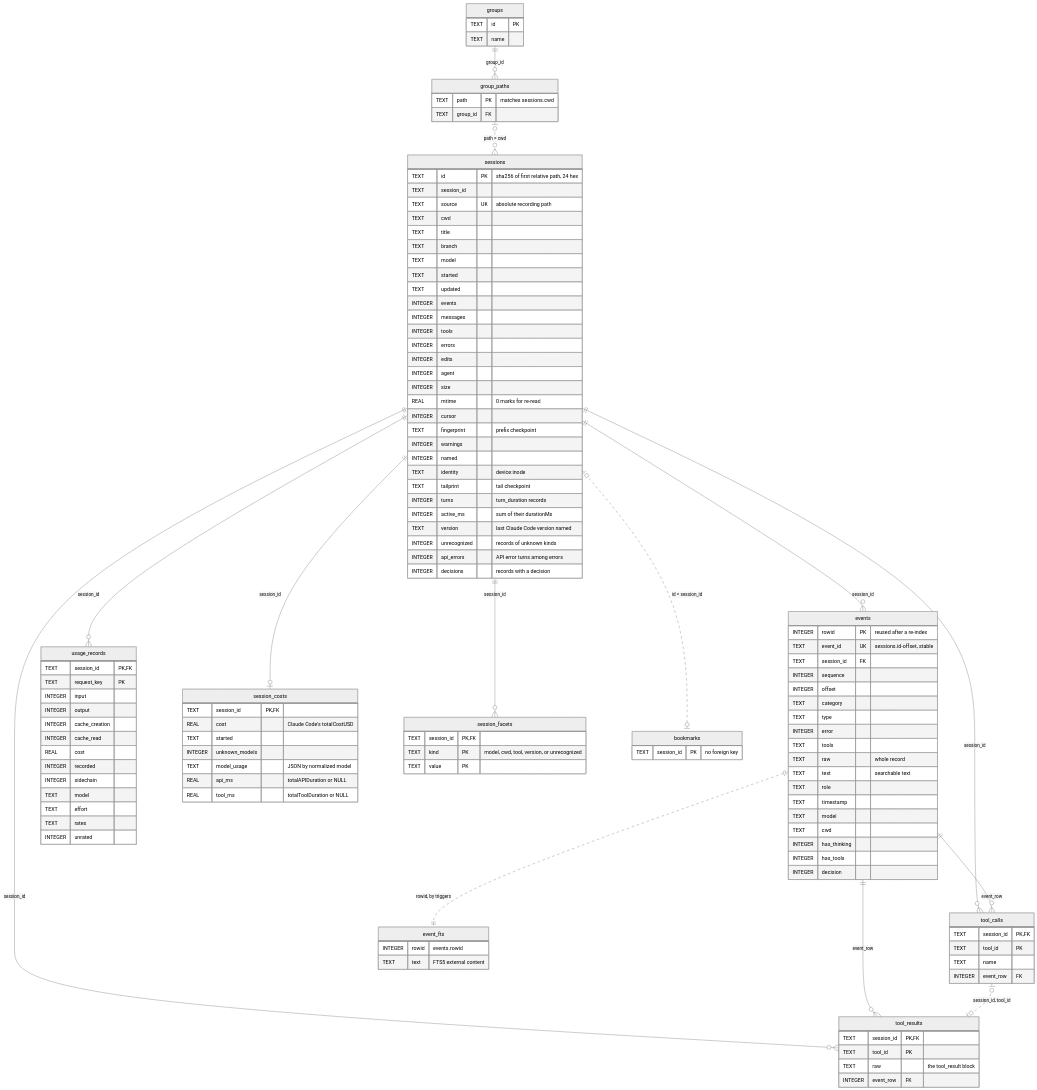
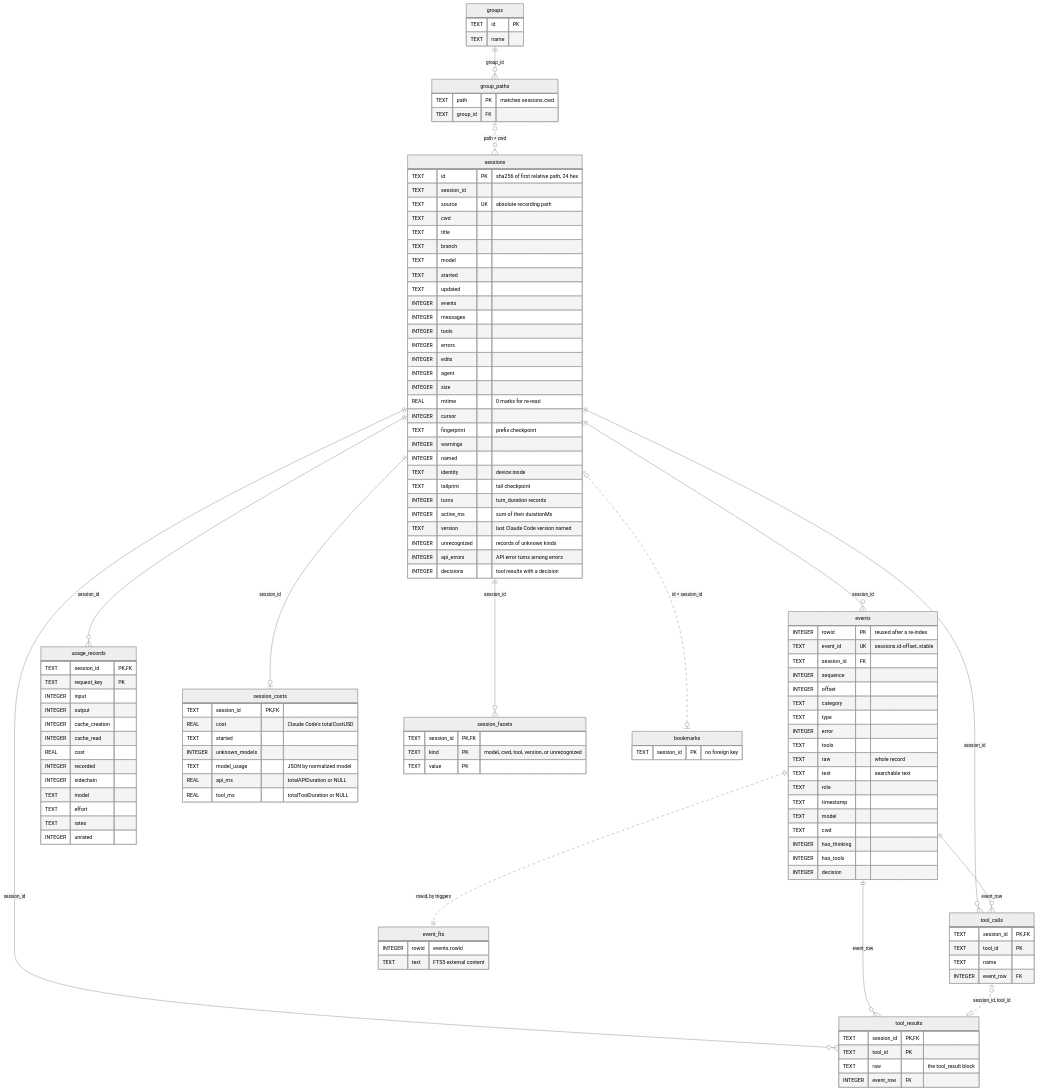
Before and after one commit to fantomc0der/claude-blackbox: the diagram in docs/sqlite-schema.md, drawn with Mermaid (neutral theme). The commit also changed other lines of this file and 21 other files, not shown here.

```diff
--- a/docs/sqlite-schema.md
+++ b/docs/sqlite-schema.md
@@ -91,7 +91,7 @@
     TEXT version "last Claude Code version named"
     INTEGER unrecognized "records of unknown kinds"
     INTEGER api_errors "API error turns among errors"
-    INTEGER decisions "records with a decision"
+    INTEGER decisions "tool results with a decision"
   }
   events {
     INTEGER rowid PK "reused after a re-index"
```
